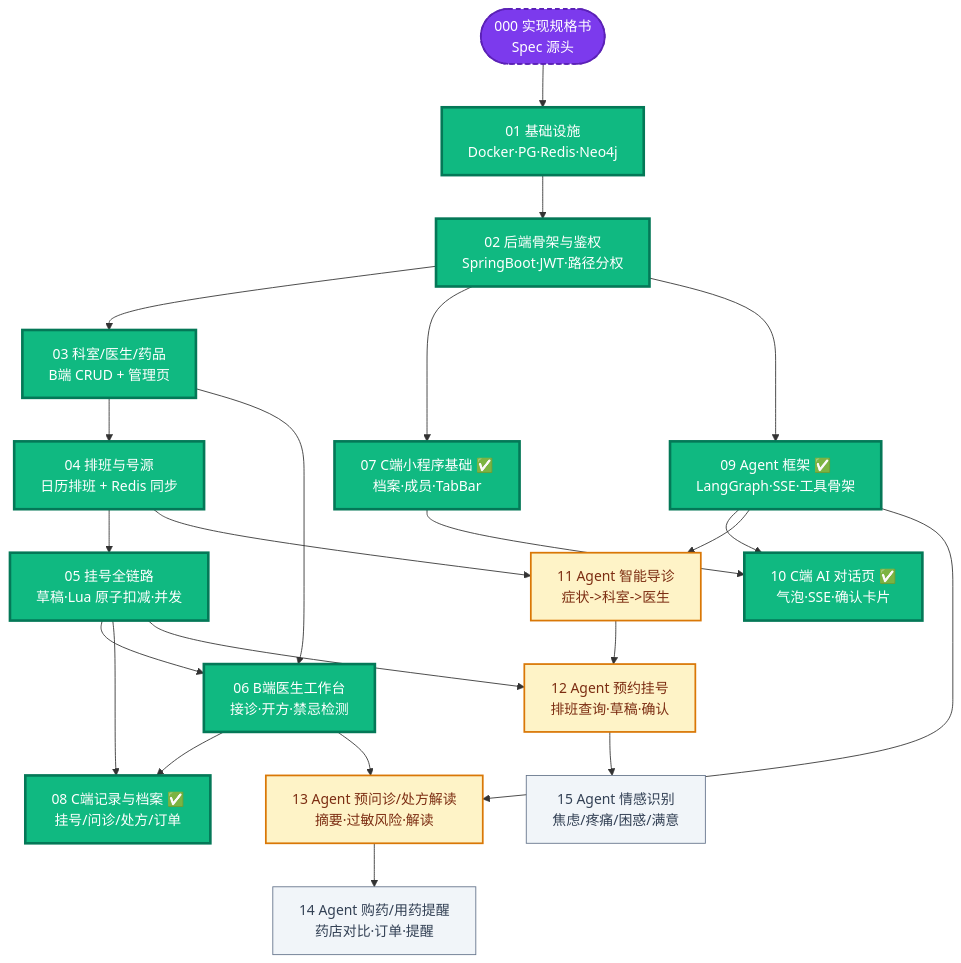
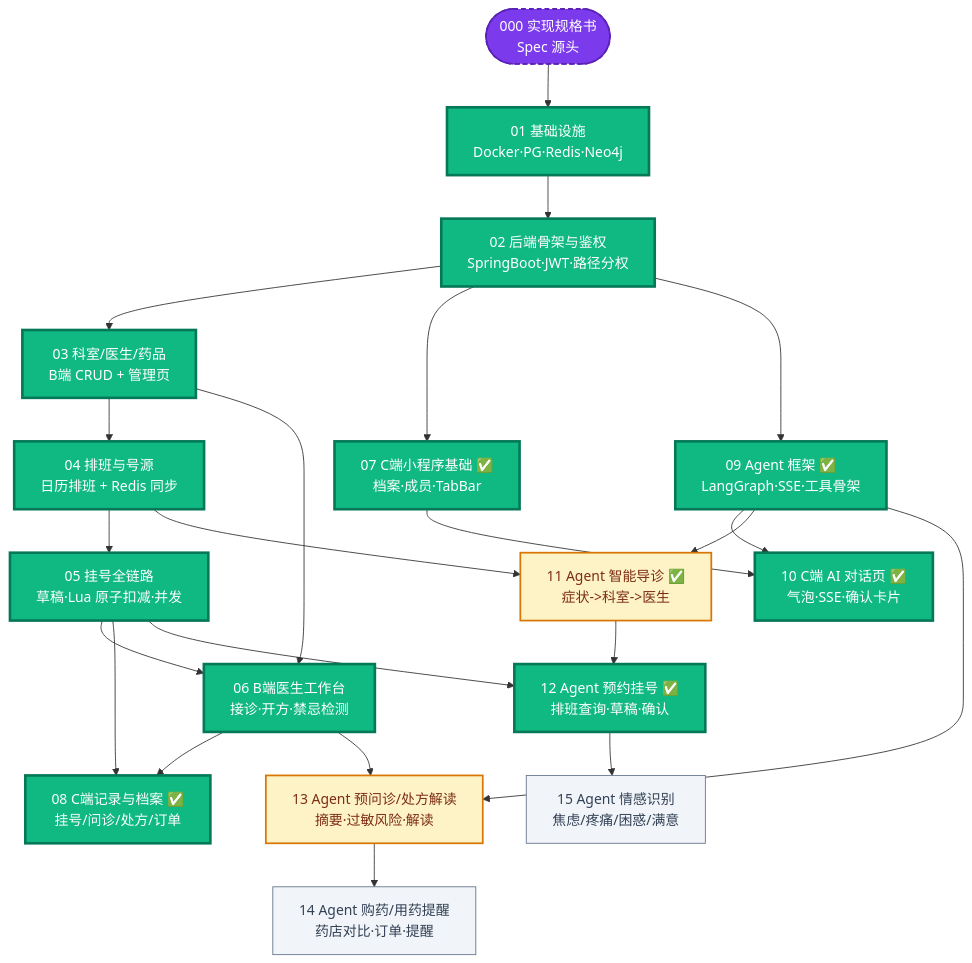
Before and after one commit to qingchen108/zhiyv: the first of 2 diagrams in docs/ticket-dependencies.md, drawn with Mermaid. The commit also changed other lines of this file and 1 other file, not shown here.

Commit message:
chore(12): 标记 ticket 12 为 done，全部 checkbox 完成

````diff
--- a/docs/ticket-dependencies.md
+++ b/docs/ticket-dependencies.md
@@ -17,51 +17,51 @@
 ```mermaid
 graph TD
     S(["000 实现规格书<br/>Spec 源头"])
     T01["01 基础设施<br/>Docker·PG·Redis·Neo4j"]
     T02["02 后端骨架与鉴权<br/>SpringBoot·JWT·路径分权"]
     T03["03 科室/医生/药品<br/>B端 CRUD + 管理页"]
     T04["04 排班与号源<br/>日历排班 + Redis 同步"]
     T05["05 挂号全链路<br/>草稿·Lua 原子扣减·并发"]
     T06["06 B端医生工作台<br/>接诊·开方·禁忌检测"]
     T07["07 C端小程序基础 ✅<br/>档案·成员·TabBar"]
     T08["08 C端记录与档案 ✅<br/>挂号/问诊/处方/订单"]
     T09["09 Agent 框架 ✅<br/>LangGraph·SSE·工具骨架"]
     T10["10 C端 AI 对话页 ✅<br/>气泡·SSE·确认卡片"]
-    T11["11 Agent 智能导诊<br/>症状->科室->医生"]
-    T12["12 Agent 预约挂号<br/>排班查询·草稿·确认"]
+    T11["11 Agent 智能导诊 ✅<br/>症状->科室->医生"]
+    T12["12 Agent 预约挂号 ✅<br/>排班查询·草稿·确认"]
     T13["13 Agent 预问诊/处方解读<br/>摘要·过敏风险·解读"]
     T14["14 Agent 购药/用药提醒<br/>药店对比·订单·提醒"]
     T15["15 Agent 情感识别<br/>焦虑/疼痛/困惑/满意"]
 
     S --> T01
     T01 --> T02
     T02 --> T03
     T02 --> T07
     T02 --> T09
     T03 --> T04
     T04 --> T05
     T03 --> T06
     T05 --> T06
     T05 --> T08
     T06 --> T08
     T07 --> T10
     T09 --> T10
     T09 --> T11
     T04 --> T11
     T11 --> T12
     T05 --> T12
     T09 --> T13
     T06 --> T13
     T13 --> T14
     T12 --> T15
 
     classDef spec fill:#7c3aed,stroke:#5b21b6,color:#fff,stroke-width:2px,stroke-dasharray: 5 4
     classDef done fill:#10b981,stroke:#047857,color:#fff,stroke-width:3px
     classDef merge fill:#fef3c7,stroke:#d97706,color:#7c2d12,stroke-width:2px
     classDef todo fill:#f1f5f9,stroke:#64748b,color:#334155
 
     class S spec
-    class T01,T02,T03,T04,T05,T06,T07,T08,T09,T10 done
-    class T11,T12,T13 merge
+    class T01,T02,T03,T04,T05,T06,T07,T08,T09,T10,T11,T12 done
+    class T11,T13 merge
     class T14,T15 todo
 ```
````
